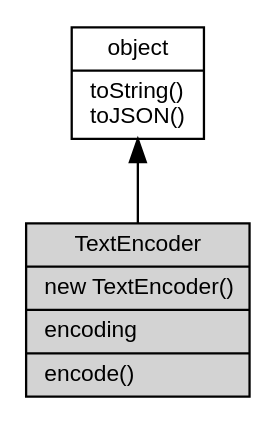
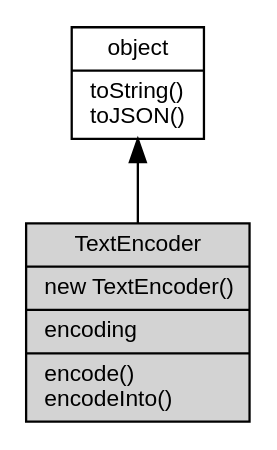
The diagram in docs/manual/object/ifs/TextEncoder.md (fibjs/fibjs.org), drawn with Graphviz before and after one commit. The commit also changed other lines of this file and 148 other files, not shown here.

First line of the commit message:
feat: add ZlibCodec documentation and update object graph

````diff
--- a/docs/manual/object/ifs/TextEncoder.md
+++ b/docs/manual/object/ifs/TextEncoder.md
@@ -11,10 +11,10 @@
 ```dot
 digraph {
     node [fontname="Helvetica,sans-Serif", fontsize=10, shape="record", style="filled", fillcolor="white"];
 
     object [tooltip="object", URL="object.md", label="{object|toString()\ltoJSON()\l}"];
-    TextEncoder [tooltip="TextEncoder", fillcolor="lightgray", id="me", label="{TextEncoder|new TextEncoder()\l|encoding\l|encode()\l}"];
+    TextEncoder [tooltip="TextEncoder", fillcolor="lightgray", id="me", label="{TextEncoder|new TextEncoder()\l|encoding\l|encode()\lencodeInto()\l}"];
 
     object -> TextEncoder [dir=back];
 }
 ```
````
